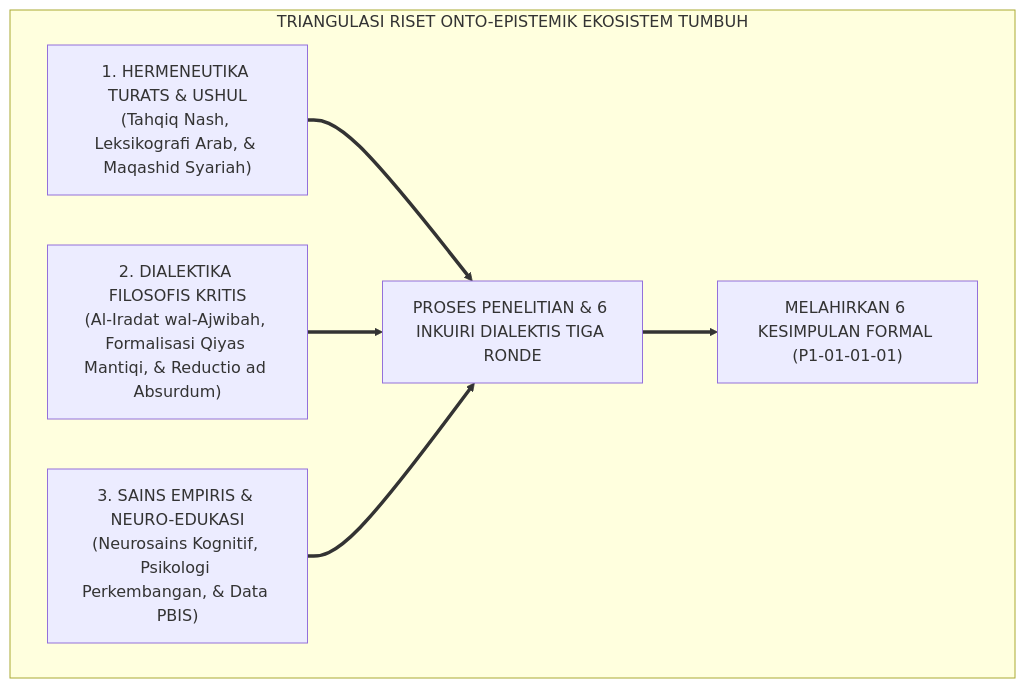
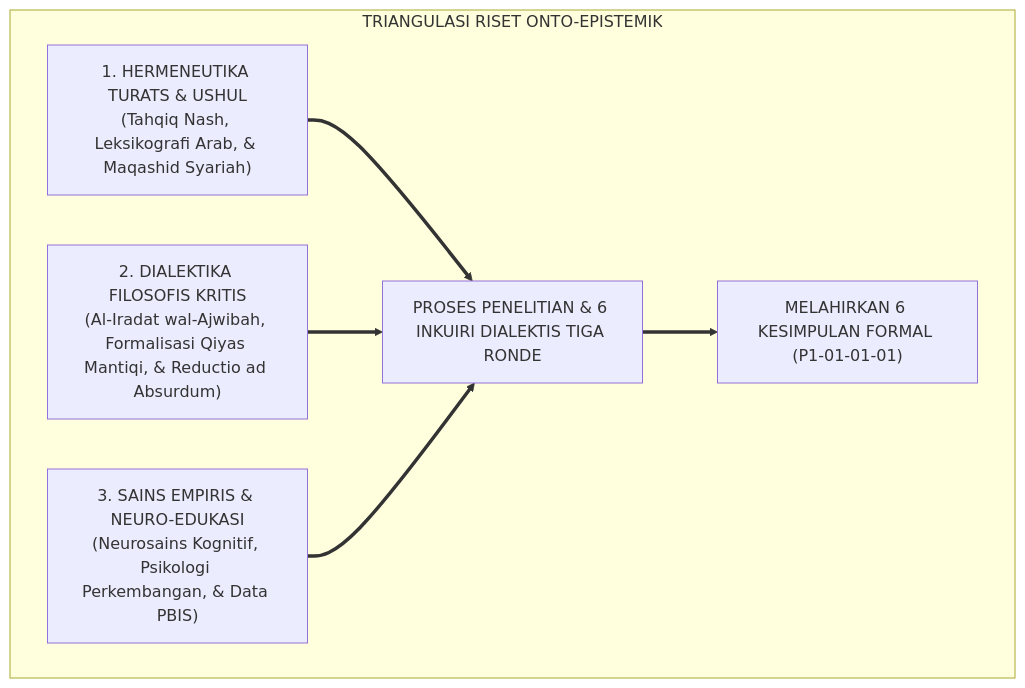
One commit to wandiapriliyandi/tumbuh changed the first of 7 diagrams in 01 Philosophy/01 Worldview/P1-01-01-01-Kajian-Dialektika-Inkuiri-dan-Tanya-Jawab-Realitas.md. Above: the diagram before and after it, drawn with Mermaid. The commit also changed other lines of this file and 1 other file, not shown here.

````diff
--- a/01 Philosophy/01 Worldview/P1-01-01-01-Kajian-Dialektika-Inkuiri-dan-Tanya-Jawab-Realitas.md
+++ b/01 Philosophy/01 Worldview/P1-01-01-01-Kajian-Dialektika-Inkuiri-dan-Tanya-Jawab-Realitas.md
@@ -62,11 +63,11 @@
 ```mermaid
 flowchart TD
-    subgraph MetodologiRiset["TRIANGULASI RISET ONTO-EPISTEMIK EKOSISTEM TUMBUH"]
+    subgraph MetodologiRiset["TRIANGULASI RISET ONTO-EPISTEMIK"]
         M1["1. HERMENEUTIKA TURATS & USHUL<br/>(Tahqiq Nash, Leksikografi Arab, & Maqashid Syariah)"]
         M2["2. DIALEKTIKA FILOSOFIS KRITIS<br/>(Al-Iradat wal-Ajwibah, Formalisasi Qiyas Mantiqi, & Reductio ad Absurdum)"]
         M3["3. SAINS EMPIRIS & NEURO-EDUKASI<br/>(Neurosains Kognitif, Psikologi Perkembangan, & Data PBIS)"]
         
         M1 & M2 & M3 ==> RisetInduk["PROSES PENELITIAN & 6 INKUIRI DIALEKTIS TIGA RONDE"]
         RisetInduk ==> Output["MELAHIRKAN 6 KESIMPULAN FORMAL (P1-01-01-01)"]
     end
 ```
````
